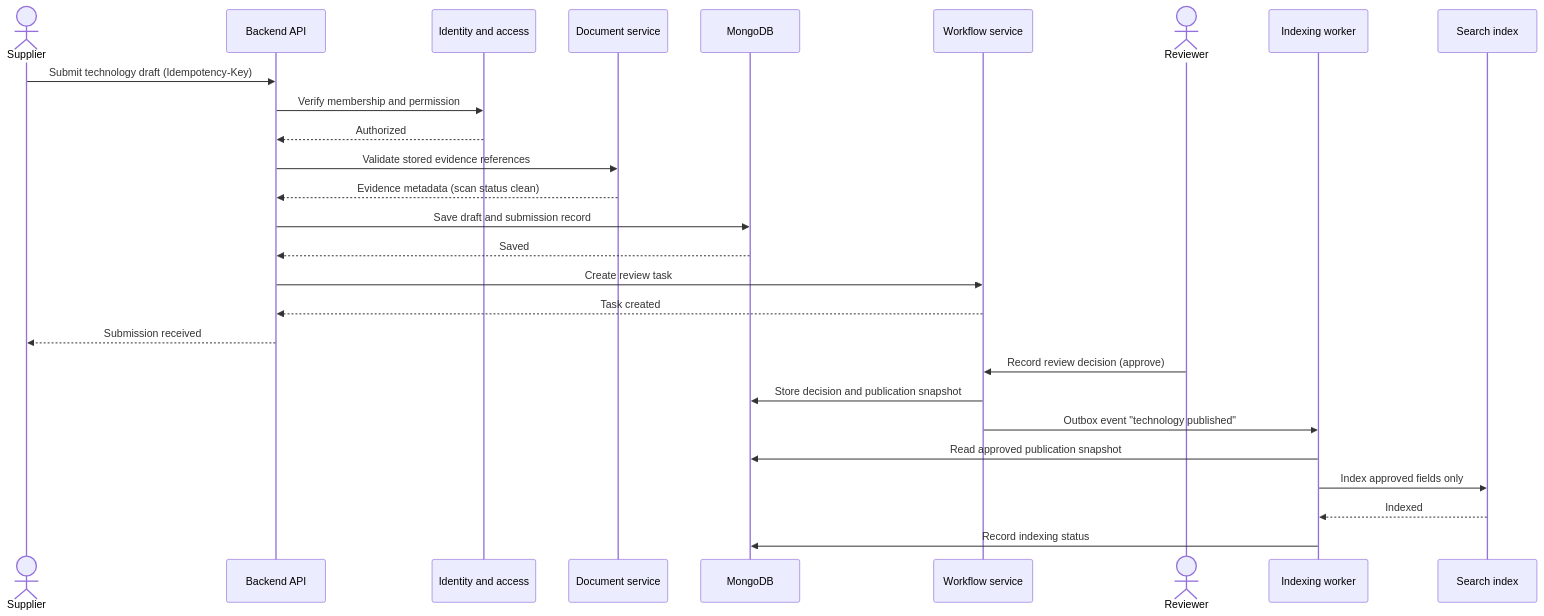
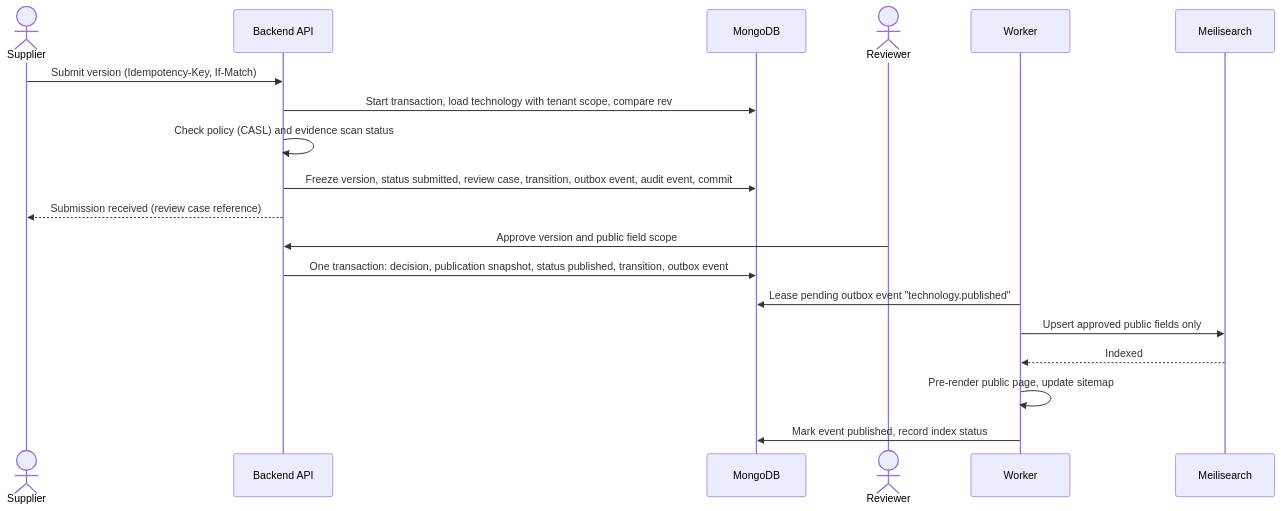
One commit to greensoft-atom/tex-platform changed diagram 13 of 21 in 05-system-design-blueprint.md. Above: the diagram before and after it, drawn with Mermaid. The commit also changed other lines of this file and 615 other files, not shown here.

````diff
--- a/05-system-design-blueprint.md
+++ b/05-system-design-blueprint.md
@@ -725,29 +825,21 @@
 ```mermaid
 sequenceDiagram
     actor Supplier
     participant API as Backend API
-    participant IAM as Identity and access
-    participant DOC as Document service
     participant DB as MongoDB
-    participant WF as Workflow service
     actor Reviewer
-    participant IDX as Indexing worker
-    participant SE as Search index
-    Supplier->>API: Submit technology draft (Idempotency-Key)
-    API->>IAM: Verify membership and permission
-    IAM-->>API: Authorized
-    API->>DOC: Validate stored evidence references
-    DOC-->>API: Evidence metadata (scan status clean)
-    API->>DB: Save draft and submission record
-    DB-->>API: Saved
-    API->>WF: Create review task
-    WF-->>API: Task created
-    API-->>Supplier: Submission received
-    Reviewer->>WF: Record review decision (approve)
-    WF->>DB: Store decision and publication snapshot
-    WF->>IDX: Outbox event "technology published"
-    IDX->>DB: Read approved publication snapshot
-    IDX->>SE: Index approved fields only
-    SE-->>IDX: Indexed
-    IDX->>DB: Record indexing status
+    participant WK as Worker
+    participant SE as Meilisearch
+    Supplier->>API: Submit version (Idempotency-Key, If-Match)
+    API->>DB: Start transaction, load technology with tenant scope, compare rev
+    API->>API: Check policy (CASL) and evidence scan status
+    API->>DB: Freeze version, status submitted, review case, transition, outbox event, audit event, commit
+    API-->>Supplier: Submission received (review case reference)
+    Reviewer->>API: Approve version and public field scope
+    API->>DB: One transaction: decision, publication snapshot, status published, transition, outbox event
+    WK->>DB: Lease pending outbox event "technology.published"
+    WK->>SE: Upsert approved public fields only
+    SE-->>WK: Indexed
+    WK->>WK: Pre-render public page, update sitemap
+    WK->>DB: Mark event published, record index status
 ```
````
